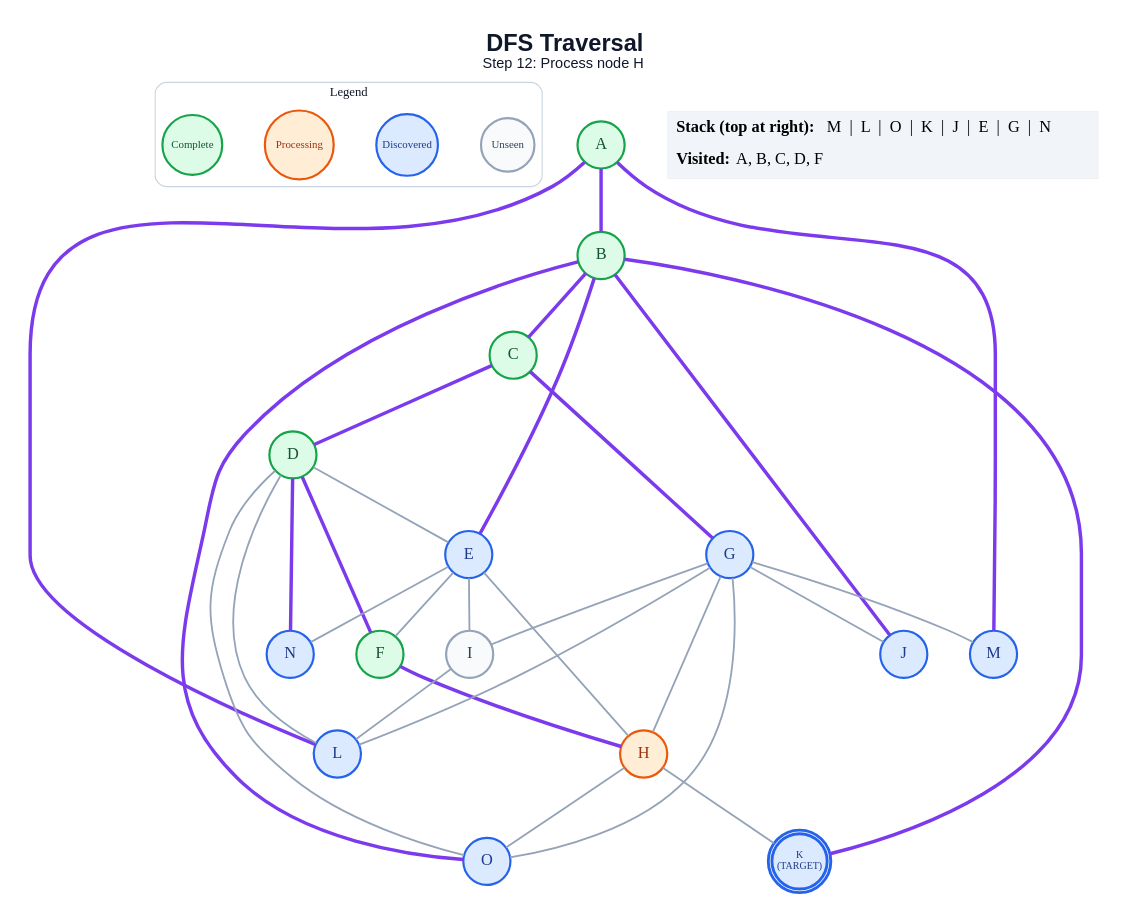
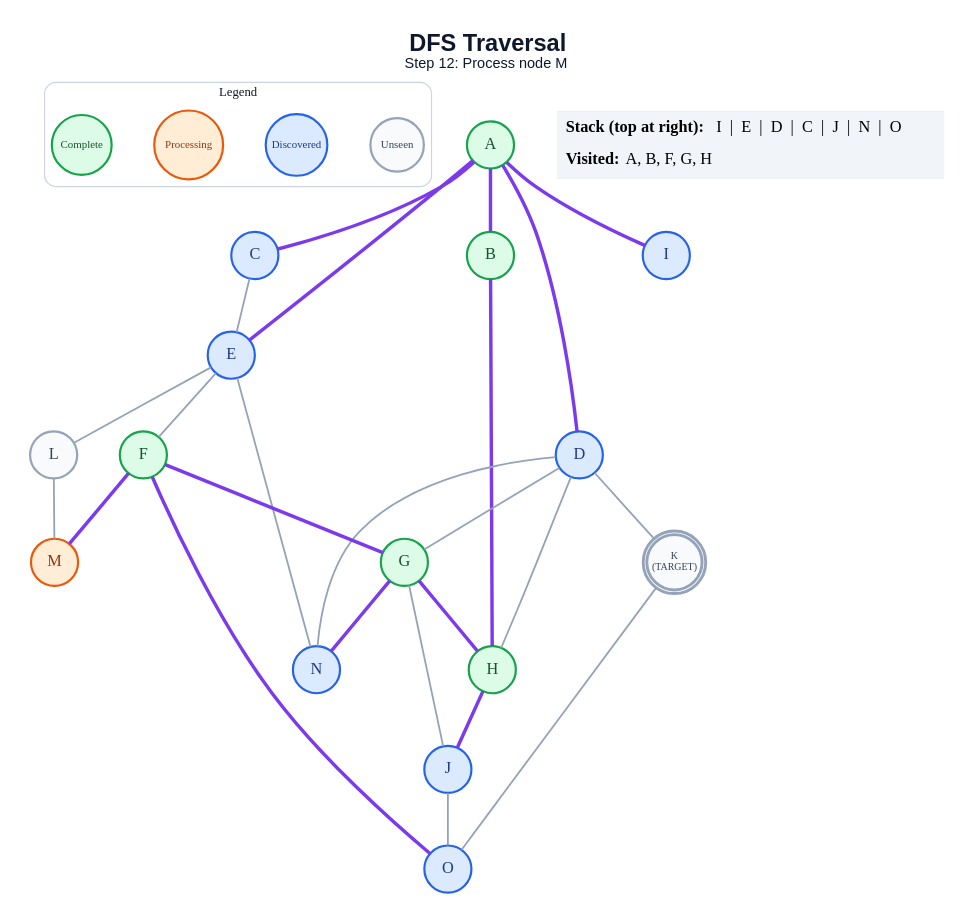
Before and after one commit to anon7238593-create/ai-slop: the diagram in generated/dfs/step_12.dot, drawn with Graphviz. The commit also changed 239 other files, not shown here.

```diff
--- a/generated/dfs/step_12.dot
+++ b/generated/dfs/step_12.dot
@@ -1,63 +1,58 @@
 graph traversal {
   graph [layout=dot, rankdir=TB, bgcolor="#FFFFFF", pad="0.35", nodesep="0.65", ranksep="0.8", fontname="Arial"];
   node [shape=circle, style="filled", fontname="Arial Bold", fontsize=18, width=0.72, fixedsize=true, penwidth=2.4];
   edge [color="#94A3B8", penwidth=2.0];
-  label=<<B>DFS Traversal</B><BR/><FONT POINT-SIZE="16">Step 12: Process node H</FONT>>; labelloc="t"; fontsize=26; fontname="Arial"; fontcolor="#0F172A";
+  label=<<B>DFS Traversal</B><BR/><FONT POINT-SIZE="16">Step 12: Process node M</FONT>>; labelloc="t"; fontsize=26; fontname="Arial"; fontcolor="#0F172A";
   subgraph cluster_legend { label="Legend"; color="#CBD5E1"; penwidth=1.2; style="rounded"; fontsize=14; fontname="Arial Bold";
     key_unseen [label="Unseen", fillcolor="#F8FAFC", color="#94A3B8", fontcolor="#334155", fontsize=12, width=0.82];
     key_frontier [label="Discovered", fillcolor="#DBEAFE", color="#2563EB", fontcolor="#1E3A8A", fontsize=12, width=0.95];
     key_current [label="Processing", fillcolor="#FFEDD5", color="#EA580C", fontcolor="#9A3412", fontsize=12, width=1.05];
     key_done [label="Complete", fillcolor="#DCFCE7", color="#16A34A", fontcolor="#14532D", fontsize=12, width=0.92];
     { rank=same; key_unseen; key_frontier; key_current; key_done; }
   }
   A [label="A", fillcolor="#DCFCE7", color="#16A34A", fontcolor="#14532D", peripheries=1, penwidth=2.4];
   B [label="B", fillcolor="#DCFCE7", color="#16A34A", fontcolor="#14532D", peripheries=1, penwidth=2.4];
-  C [label="C", fillcolor="#DCFCE7", color="#16A34A", fontcolor="#14532D", peripheries=1, penwidth=2.4];
-  D [label="D", fillcolor="#DCFCE7", color="#16A34A", fontcolor="#14532D", peripheries=1, penwidth=2.4];
+  C [label="C", fillcolor="#DBEAFE", color="#2563EB", fontcolor="#1E3A8A", peripheries=1, penwidth=2.4];
+  D [label="D", fillcolor="#DBEAFE", color="#2563EB", fontcolor="#1E3A8A", peripheries=1, penwidth=2.4];
   E [label="E", fillcolor="#DBEAFE", color="#2563EB", fontcolor="#1E3A8A", peripheries=1, penwidth=2.4];
   F [label="F", fillcolor="#DCFCE7", color="#16A34A", fontcolor="#14532D", peripheries=1, penwidth=2.4];
-  G [label="G", fillcolor="#DBEAFE", color="#2563EB", fontcolor="#1E3A8A", peripheries=1, penwidth=2.4];
-  H [label="H", fillcolor="#FFEDD5", color="#EA580C", fontcolor="#9A3412", peripheries=1, penwidth=2.4];
-  I [label="I", fillcolor="#F8FAFC", color="#94A3B8", fontcolor="#334155", peripheries=1, penwidth=2.4];
+  G [label="G", fillcolor="#DCFCE7", color="#16A34A", fontcolor="#14532D", peripheries=1, penwidth=2.4];
+  H [label="H", fillcolor="#DCFCE7", color="#16A34A", fontcolor="#14532D", peripheries=1, penwidth=2.4];
+  I [label="I", fillcolor="#DBEAFE", color="#2563EB", fontcolor="#1E3A8A", peripheries=1, penwidth=2.4];
   J [label="J", fillcolor="#DBEAFE", color="#2563EB", fontcolor="#1E3A8A", peripheries=1, penwidth=2.4];
-  K [label="K\n(TARGET)", fillcolor="#DBEAFE", color="#2563EB", fontcolor="#1E3A8A", peripheries=2, penwidth=3.2, fontsize=11, width=0.85, height=0.85];
-  L [label="L", fillcolor="#DBEAFE", color="#2563EB", fontcolor="#1E3A8A", peripheries=1, penwidth=2.4];
-  M [label="M", fillcolor="#DBEAFE", color="#2563EB", fontcolor="#1E3A8A", peripheries=1, penwidth=2.4];
+  K [label="K\n(TARGET)", fillcolor="#F8FAFC", color="#94A3B8", fontcolor="#334155", peripheries=2, penwidth=3.2, fontsize=11, width=0.85, height=0.85];
+  L [label="L", fillcolor="#F8FAFC", color="#94A3B8", fontcolor="#334155", peripheries=1, penwidth=2.4];
+  M [label="M", fillcolor="#FFEDD5", color="#EA580C", fontcolor="#9A3412", peripheries=1, penwidth=2.4];
   N [label="N", fillcolor="#DBEAFE", color="#2563EB", fontcolor="#1E3A8A", peripheries=1, penwidth=2.4];
   O [label="O", fillcolor="#DBEAFE", color="#2563EB", fontcolor="#1E3A8A", peripheries=1, penwidth=2.4];
   A -- B [color="#7C3AED", penwidth=3.8];
-  A -- L [color="#7C3AED", penwidth=3.8];
-  A -- M [color="#7C3AED", penwidth=3.8];
-  B -- C [color="#7C3AED", penwidth=3.8];
-  B -- E [color="#7C3AED", penwidth=3.8];
-  B -- J [color="#7C3AED", penwidth=3.8];
-  B -- K [color="#7C3AED", penwidth=3.8];
-  B -- O [color="#7C3AED", penwidth=3.8];
-  C -- D [color="#7C3AED", penwidth=3.8];
-  C -- G [color="#7C3AED", penwidth=3.8];
-  D -- E;
-  D -- F [color="#7C3AED", penwidth=3.8];
-  D -- L;
-  D -- N [color="#7C3AED", penwidth=3.8];
-  D -- O;
+  A -- C [color="#7C3AED", penwidth=3.8];
+  A -- D [color="#7C3AED", penwidth=3.8];
+  A -- E [color="#7C3AED", penwidth=3.8];
+  A -- I [color="#7C3AED", penwidth=3.8];
+  B -- H [color="#7C3AED", penwidth=3.8];
+  C -- E;
+  D -- G;
+  D -- H;
+  D -- K;
+  D -- N;
   E -- F;
-  E -- H;
-  E -- I;
+  E -- L;
   E -- N;
-  F -- H [color="#7C3AED", penwidth=3.8];
-  G -- H;
-  G -- I;
+  F -- G [color="#7C3AED", penwidth=3.8];
+  F -- M [color="#7C3AED", penwidth=3.8];
+  F -- O [color="#7C3AED", penwidth=3.8];
+  G -- H [color="#7C3AED", penwidth=3.8];
   G -- J;
-  G -- L;
-  G -- M;
-  G -- O;
-  H -- K;
-  H -- O;
-  I -- L;
+  G -- N [color="#7C3AED", penwidth=3.8];
+  H -- J [color="#7C3AED", penwidth=3.8];
+  J -- O;
+  K -- O;
+  L -- M;
   status [shape=plain, fixedsize=false, width=0, height=0, margin=0, label=<
     <TABLE BORDER="0" CELLBORDER="0" CELLPADDING="7" BGCOLOR="#F1F5F9">
-      <TR><TD ALIGN="LEFT"><B>Stack (top at right):</B> M  |  L  |  O  |  K  |  J  |  E  |  G  |  N</TD></TR>
-      <TR><TD ALIGN="LEFT"><B>Visited:</B> A, B, C, D, F</TD></TR>
+      <TR><TD ALIGN="LEFT"><B>Stack (top at right):</B> I  |  E  |  D  |  C  |  J  |  N  |  O</TD></TR>
+      <TR><TD ALIGN="LEFT"><B>Visited:</B> A, B, F, G, H</TD></TR>
     </TABLE>
   >];
 }
```
